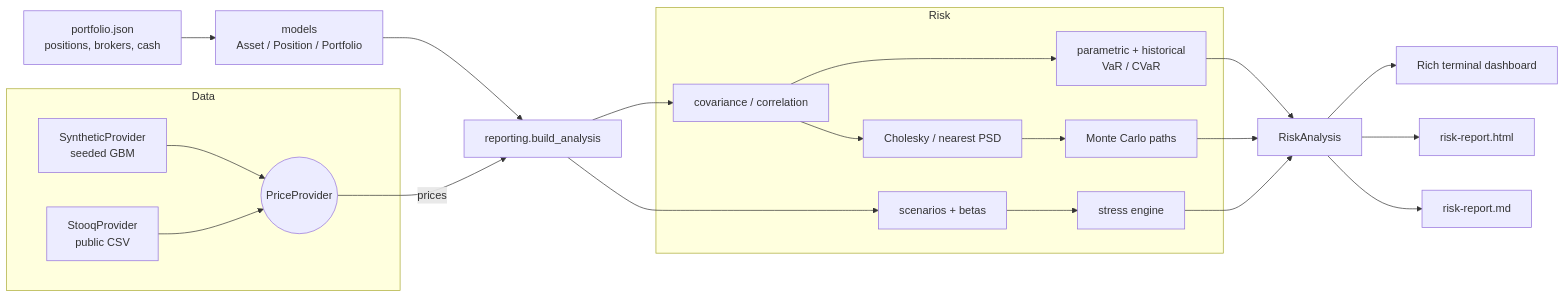
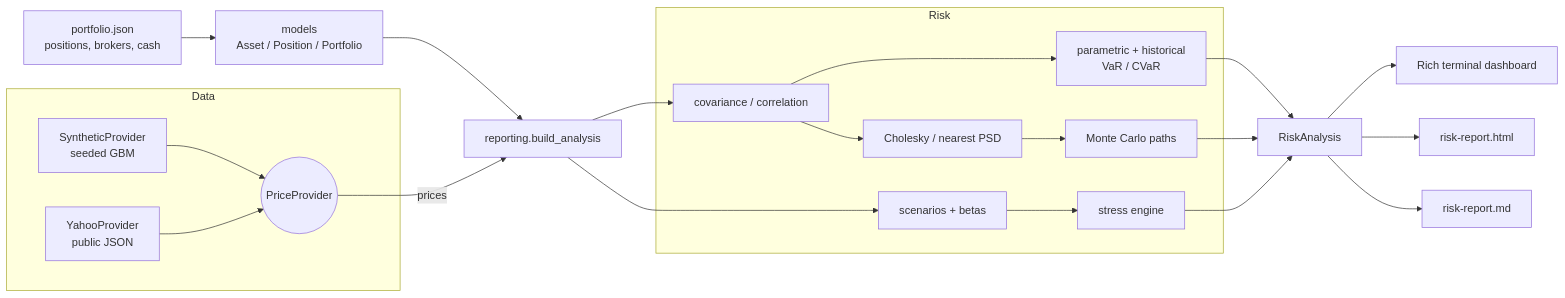
Before and after one commit to ozkaraonur/portfolio-risk-engine: the diagram in README.md, drawn with Mermaid. The commit also changed other lines of this file and 21 other files, not shown here.

First line of the commit message:
feat: Yahoo Finance provider (real data incl. BIST), date-anchored synthetic prices, friendlier errors

````diff
--- a/README.md
+++ b/README.md
@@ -38,23 +38,23 @@
 ```mermaid
 flowchart LR
     P[portfolio.json<br/>positions, brokers, cash] --> M[models<br/>Asset / Position / Portfolio]
     subgraph Data
       S[SyntheticProvider<br/>seeded GBM] --> PP((PriceProvider))
-      Q[StooqProvider<br/>public CSV] --> PP
+      Q[YahooProvider<br/>public JSON] --> PP
     end
     M --> A[reporting.build_analysis]
     PP -->|prices| A
     subgraph Risk
       C[covariance / correlation] --> V[parametric + historical<br/>VaR / CVaR]
       C --> L[Cholesky / nearest PSD] --> MC[Monte Carlo paths]
       SC[scenarios + betas] --> ST[stress engine]
     end
     A --> C
     A --> SC
     V --> R[RiskAnalysis]
     MC --> R
     ST --> R
     R --> T[Rich terminal dashboard]
     R --> H[risk-report.html]
     R --> D[risk-report.md]
 ```
````
